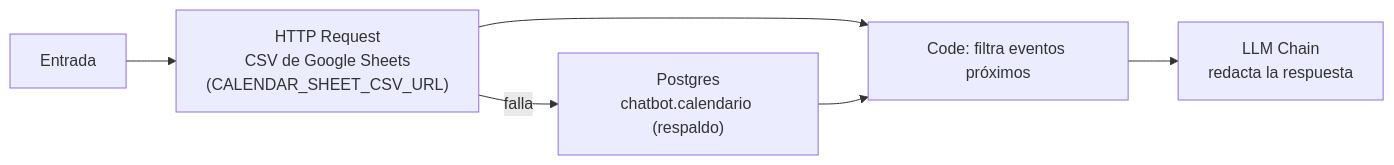
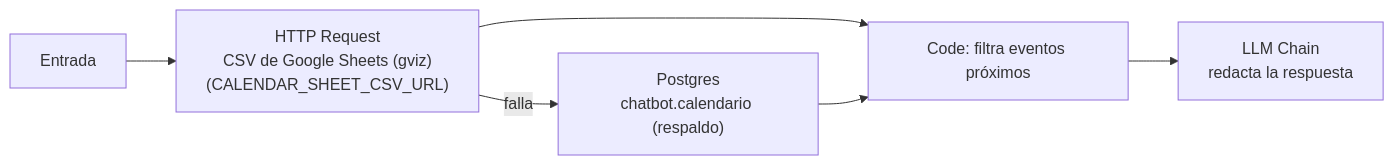
The fifth of 9 diagrams in docs/workflows_n8n.md (Daniverd15/chatbot-academico-unab), drawn with Mermaid before and after one commit. The commit also changed other lines of this file and 9 other files, not shown here.

First line of the commit message:
Calendario en Google Sheets y app probada en emulador Android

````diff
--- a/docs/workflows_n8n.md
+++ b/docs/workflows_n8n.md
@@ -140,8 +140,8 @@
 ```mermaid
 flowchart LR
-    I["Entrada"] --> H["HTTP Request<br/>CSV de Google Sheets<br/>(CALENDAR_SHEET_CSV_URL)"]
+    I["Entrada"] --> H["HTTP Request<br/>CSV de Google Sheets (gviz)<br/>(CALENDAR_SHEET_CSV_URL)"]
     H -->|"falla"| P["Postgres<br/>chatbot.calendario (respaldo)"]
     H --> C["Code: filtra eventos próximos"]
     P --> C
     C --> LLM["LLM Chain<br/>redacta la respuesta"]
 ```
````
